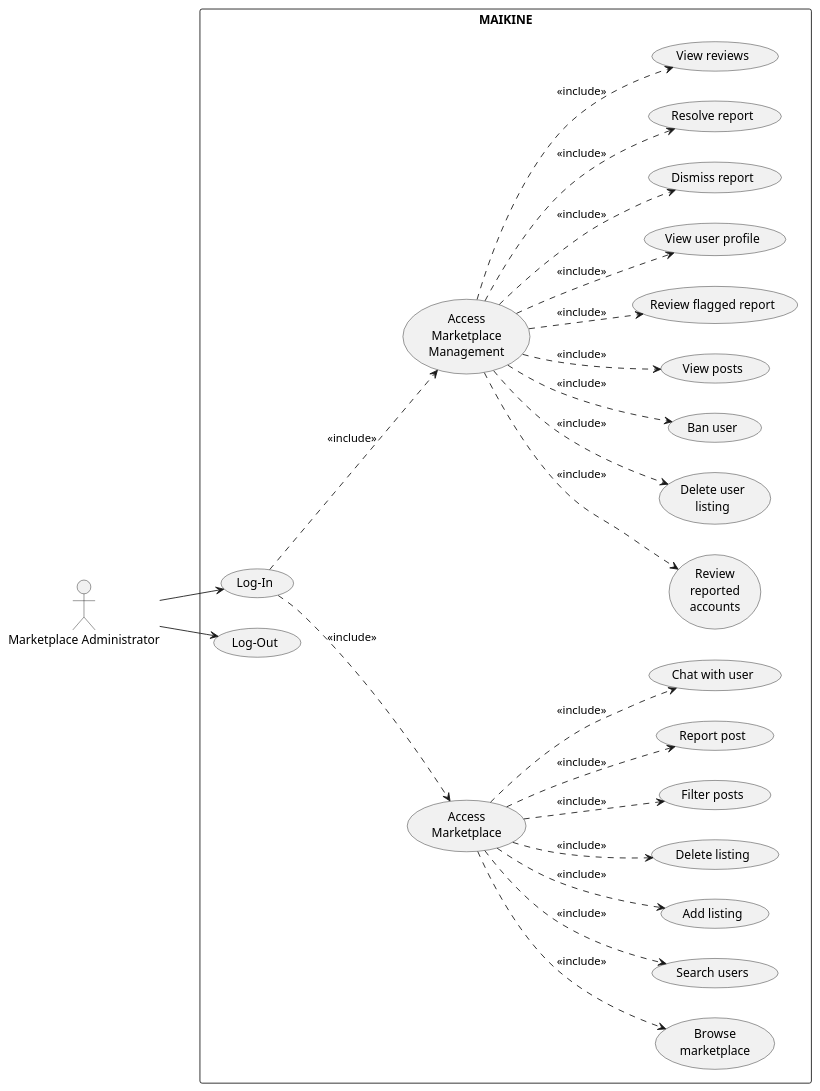
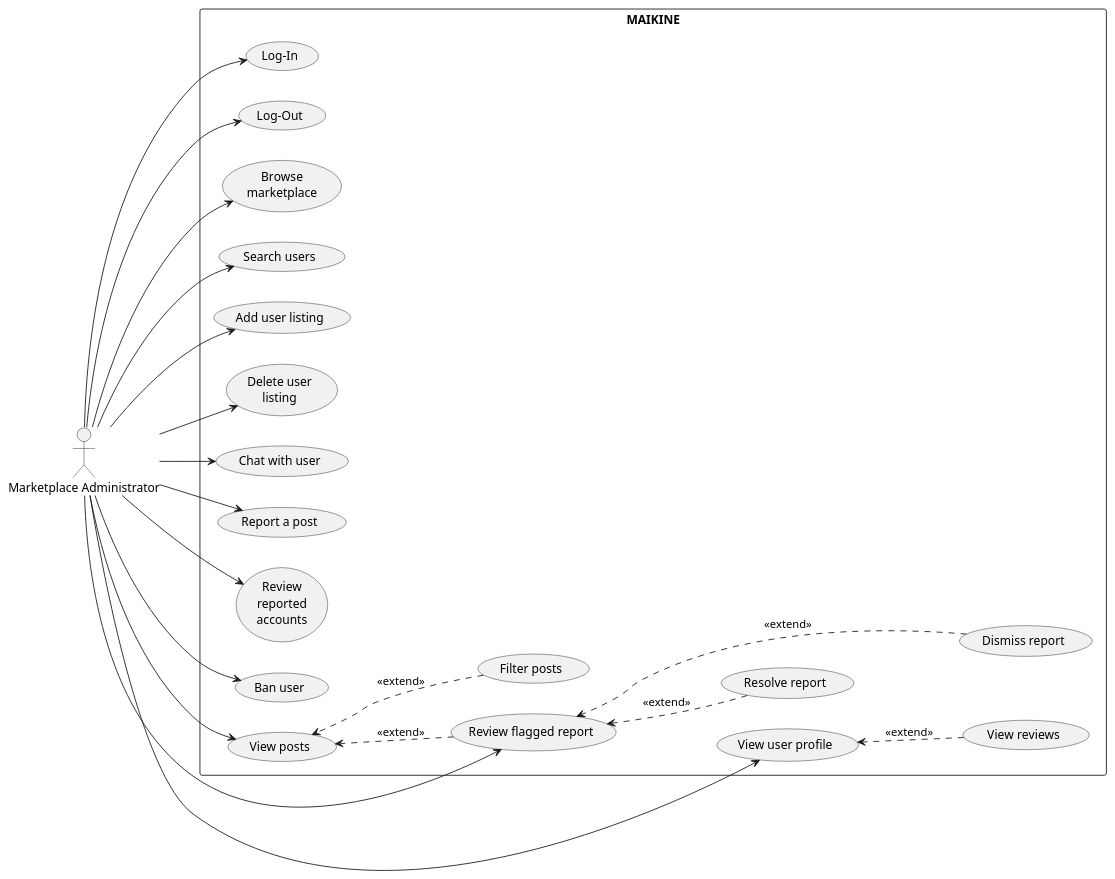
The diagram in usecaseDiagrams/Marketplace_Administrator_Diagram.puml (JanPerez35/PlantUML), drawn with PlantUML before and after one commit. The commit also changed 3 other files, not shown here.

Commit message:
Updated use case diagrams.

```diff
--- a/usecaseDiagrams/Marketplace_Administrator_Diagram.puml
+++ b/usecaseDiagrams/Marketplace_Administrator_Diagram.puml
@@ -1,56 +1,63 @@
 @startuml
 left to right direction
 skinparam packageStyle rectangle
 
 actor "Marketplace Administrator" as MarketplaceAdmin
 
 rectangle MAIKINE {
 
   usecase "Log-In" as UC_Login
   usecase "Log-Out" as UC_Logout
-  usecase "Access\nMarketplace" as UC_Marketplace
+
   usecase "Browse\nmarketplace" as UC_Browse
   usecase "Search users" as UC_SearchUsers
-  usecase "Add listing" as UC_AddListing
-  usecase "Delete listing" as UC_DeleteListing
-  usecase "Access\nMarketplace\nManagement" as UC_MarketMgmt
-  usecase "Review\nreported\naccounts" as UC_ReviewReports
+  usecase "Add user listing" as UC_AddListing
   usecase "Delete user\nlisting" as UC_DeleteUserListing
+  usecase "Chat with user" as UC_Chat
+  usecase "Report a post" as UC_Report
+
+  usecase "Review\nreported\naccounts" as UC_ReviewAccounts
   usecase "Ban user" as UC_BanUser
+
   usecase "View posts" as UC_View
+  usecase "Filter posts" as UC_Filter
   usecase "Review flagged report" as UC_ViewFlagged
+  usecase "Resolve report" as UC_Resolve
+  usecase "Dismiss report" as UC_Dismiss
   usecase "View user profile" as UC_ViewProfile
-  usecase "Dismiss report" as UC_Dismiss
-  usecase "Resolve report" as UC_Resolve
   usecase "View reviews" as UC_ViewReview
-  usecase "Filter posts" as UC_Filter
-  usecase "Report post" as UC_Report
-  usecase "Chat with user" as UC_Chat
-
 }
 
 MarketplaceAdmin --> UC_Login
 MarketplaceAdmin --> UC_Logout
 
-UC_Login ..> UC_Marketplace : <<include>>
-UC_Login ..> UC_MarketMgmt : <<include>>
+MarketplaceAdmin --> UC_Browse
+MarketplaceAdmin --> UC_SearchUsers
+MarketplaceAdmin --> UC_AddListing
+MarketplaceAdmin --> UC_Chat
+MarketplaceAdmin --> UC_Report
+MarketplaceAdmin --> UC_BanUser
 
-UC_Marketplace ..> UC_Browse : <<include>>
-UC_Marketplace ..> UC_SearchUsers : <<include>>
-UC_Marketplace ..> UC_AddListing : <<include>>
-UC_Marketplace ..> UC_DeleteListing : <<include>>
-UC_Marketplace ..> UC_Filter : <<include>>
-UC_Marketplace ..> UC_Report : <<include>>
-UC_Marketplace ..> UC_Chat : <<include>>
+MarketplaceAdmin --> UC_View
+MarketplaceAdmin --> UC_ReviewAccounts
+MarketplaceAdmin --> UC_ViewFlagged
+MarketplaceAdmin --> UC_ViewProfile
+MarketplaceAdmin --> UC_DeleteUserListing
 
-UC_MarketMgmt ..> UC_ReviewReports : <<include>>
-UC_MarketMgmt ..> UC_DeleteUserListing : <<include>>
-UC_MarketMgmt ..> UC_BanUser : <<include>>
-UC_MarketMgmt ..> UC_View : <<include>>
-UC_MarketMgmt ..> UC_ViewProfile: <<include>>
-UC_MarketMgmt ..> UC_ViewFlagged: <<include>>
-UC_MarketMgmt ..> UC_Dismiss: <<include>>
-UC_MarketMgmt ..> UC_Resolve: <<include>>
-UC_MarketMgmt ..> UC_ViewReview: <<include>>
+UC_Filter ..> UC_View : <<extend>>
+UC_ViewFlagged ..> UC_View : <<extend>>
+
+UC_Resolve ..> UC_ViewFlagged : <<extend>>
+UC_Dismiss ..> UC_ViewFlagged : <<extend>>
+
+UC_ViewReview ..> UC_ViewProfile : <<extend>>
+
+' layout helpers
+UC_View -[hidden]-> UC_Filter
+UC_View -[hidden]-> UC_ViewFlagged
+UC_ViewFlagged -[hidden]-> UC_Resolve
+UC_Resolve -[hidden]-> UC_Dismiss
+UC_ViewFlagged -[hidden]-> UC_ViewProfile
+UC_ViewProfile -[hidden]-> UC_ViewReview
 
 @enduml
```
